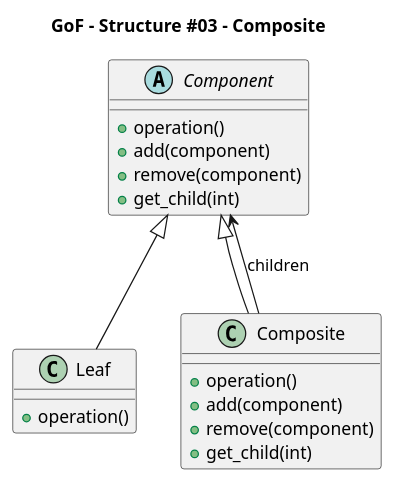
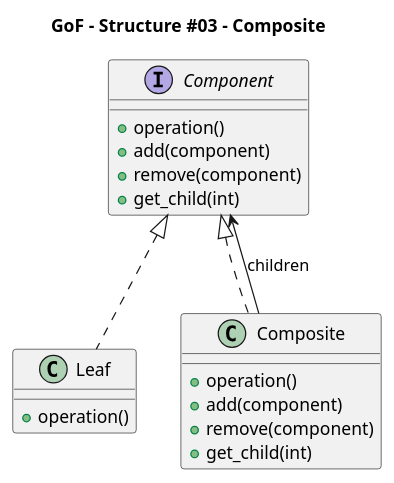
One commit to Takayoshi-Matsuyama/design_patterns changed the diagram in GoF/GoF_st03_composite.puml. Above: the diagram before and after it, drawn with PlantUML. The commit also changed 12 other files, not shown here.

Commit message:
GoF - abstract class --> interface

```diff
--- a/GoF/GoF_st03_composite.puml
+++ b/GoF/GoF_st03_composite.puml
@@ -1,26 +1,26 @@
 @startuml gof_composite
 
 title GoF - Structure #03 - Composite
 
-abstract class Component {
+interface Component {
     +operation()
     +add(component)
     +remove(component)
     +get_child(int)
 }
 
 class Leaf {
     +operation()
 }
 
 class Composite {
     +operation()
     +add(component)
     +remove(component)
     +get_child(int)
 }
 
-Component <|-- Leaf
-Component <|-- Composite
+Component <|.. Leaf
+Component <|.. Composite
 Composite --> Component : children
 @enduml
```
